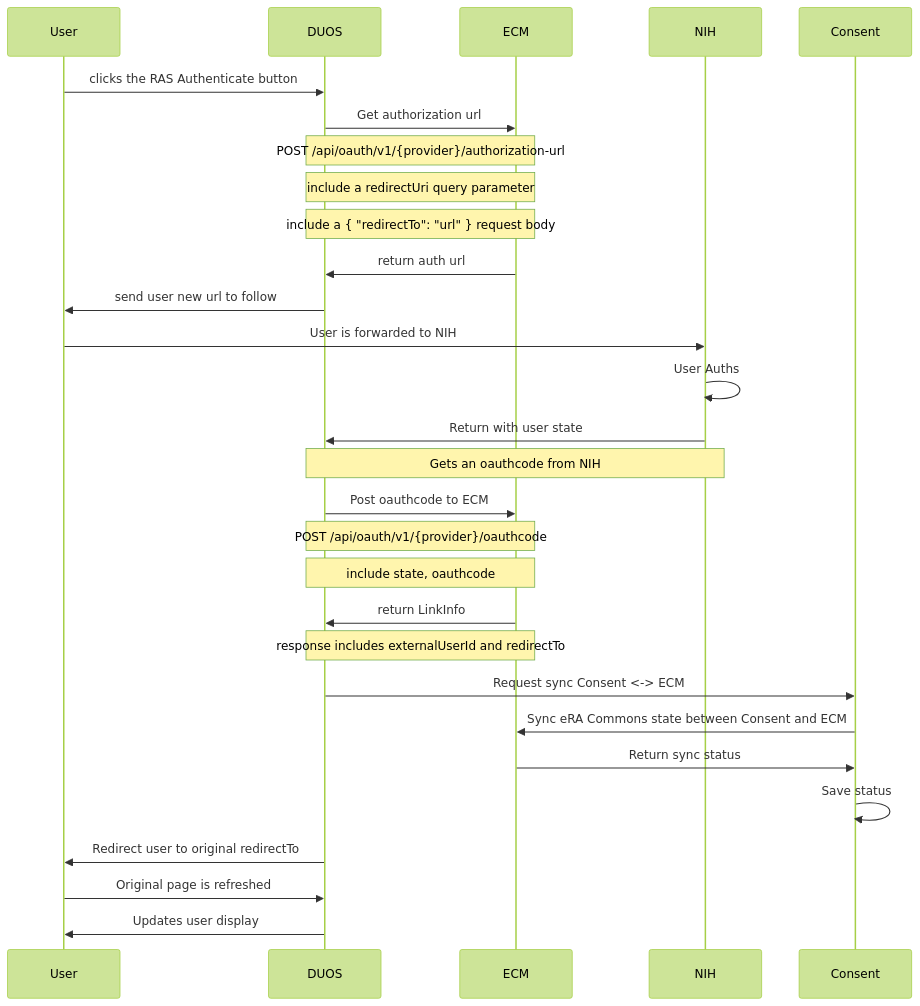
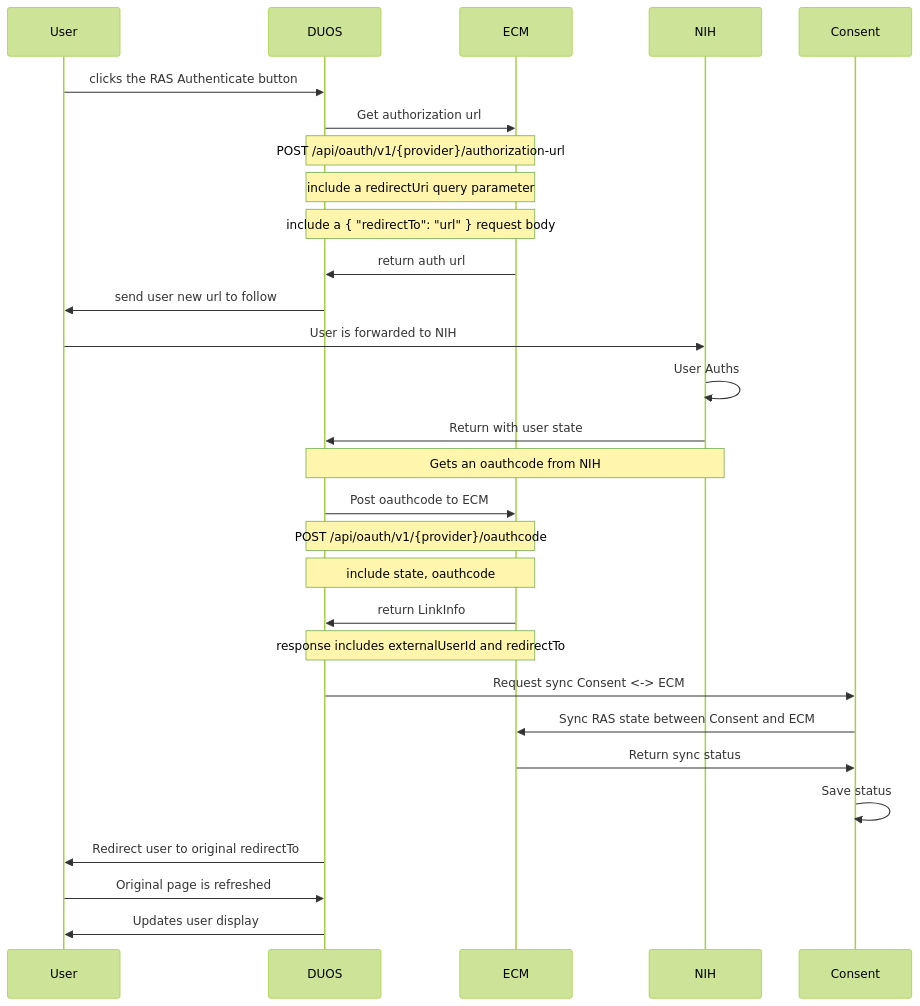
Before and after one commit to DataBiosphere/duos-ui: the diagram in docs/eRA_Commons.md, drawn with Mermaid.

````diff
--- a/docs/eRA_Commons.md
+++ b/docs/eRA_Commons.md
@@ -11,27 +11,27 @@
 ```mermaid
 %%{init: { 'theme': 'forest' } }%%
 sequenceDiagram
     User ->> DUOS: clicks the RAS Authenticate button
     DUOS ->> ECM: Get authorization url
     Note over DUOS, ECM: POST /api/oauth/v1/{provider}/authorization-url
     Note over DUOS, ECM: include a redirectUri query parameter
     Note over DUOS, ECM: include a { "redirectTo": "url" } request body
     ECM ->> DUOS: return auth url
     DUOS ->> User: send user new url to follow
     User ->> NIH: User is forwarded to NIH
     NIH ->> NIH: User Auths
     NIH ->> DUOS: Return with user state
     Note over DUOS, NIH: Gets an oauthcode from NIH
     DUOS ->> ECM: Post oauthcode to ECM
     Note over DUOS, ECM: POST /api/oauth/v1/{provider}/oauthcode
     Note over DUOS, ECM: include state, oauthcode
     ECM ->> DUOS: return LinkInfo
     Note over ECM, DUOS: response includes externalUserId and redirectTo
     DUOS ->> Consent: Request sync Consent <-> ECM
-    Consent ->> ECM: Sync eRA Commons state between Consent and ECM
+    Consent ->> ECM: Sync RAS state between Consent and ECM
     ECM ->> Consent: Return sync status
     Consent ->> Consent: Save status
     DUOS ->> User: Redirect user to original redirectTo
     User ->> DUOS: Original page is refreshed
     DUOS ->> User: Updates user display
 ```
````
